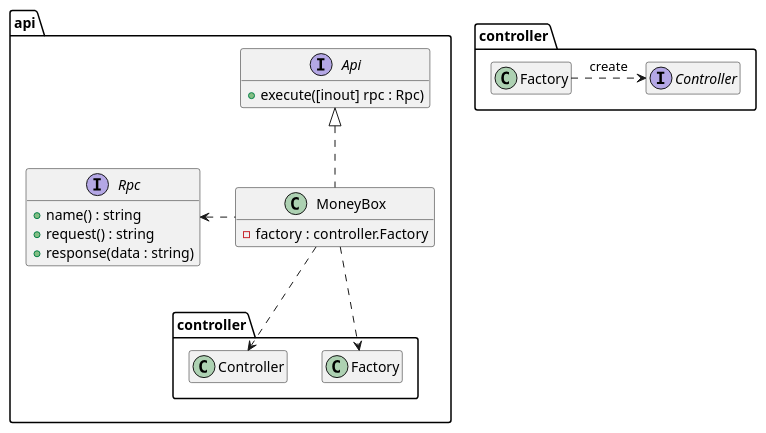
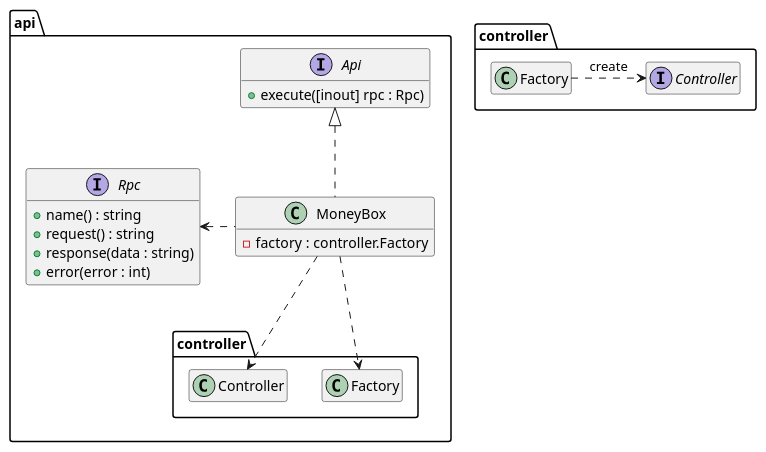
Before and after one commit to bonewell/moneybox: the diagram in uml/api-class.puml, drawn with PlantUML. The commit also changed 1 other file, not shown here.

Commit message:
Update UML

```diff
--- a/uml/api-class.puml
+++ b/uml/api-class.puml
@@ -1,27 +1,28 @@
 @startuml
 hide empty members
 namespace api {
     interface Rpc {
         + name() : string
         + request() : string
         + response(data : string)
+        + error(error : int)
     }
     interface Api {
         + execute([inout] rpc : Rpc)
     }
     class MoneyBox {
         - factory : controller.Factory
     }
 
     Api <|.. MoneyBox
     Rpc <. MoneyBox
     MoneyBox ..> controller.Controller
     MoneyBox ..> controller.Factory
 }
 namespace controller {
     interface Controller
     class Factory
 
     Factory .> Controller : create
 }
 @enduml
```
